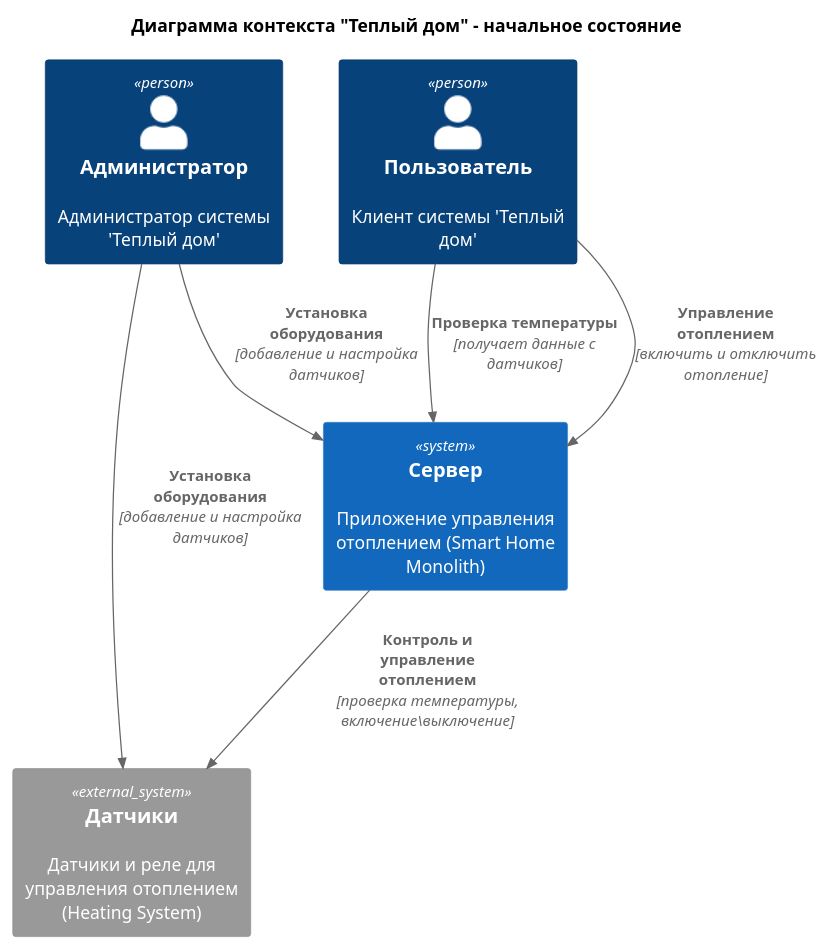
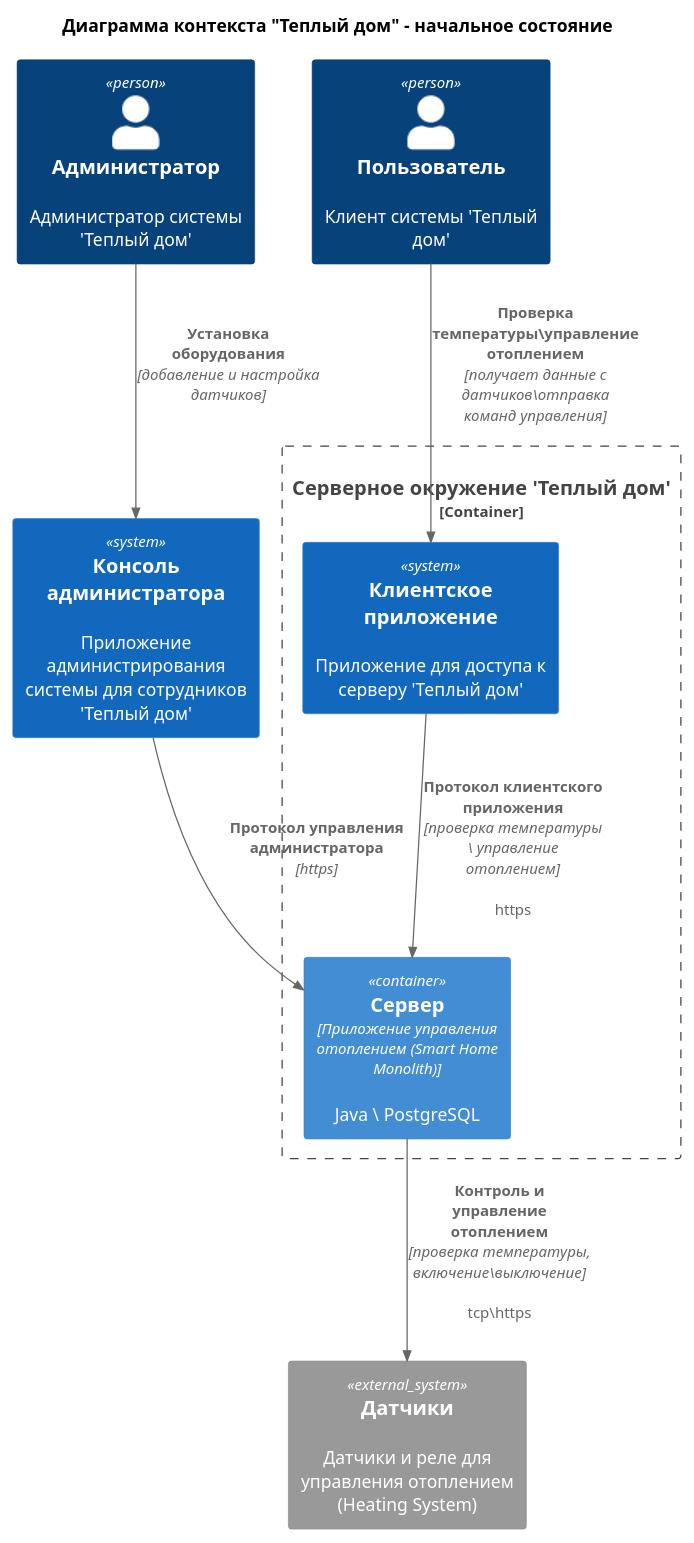
Before and after one commit to a-panteleev/architecture-sprint-3: the diagram in docs/context.puml, drawn with PlantUML. The commit also changed 2 other files, not shown here.

```diff
--- a/docs/context.puml
+++ b/docs/context.puml
@@ -1,17 +1,21 @@
 @startuml context
-!include https://raw.githubusercontent.com/plantuml-stdlib/C4-PlantUML/master/C4_Context.puml
+!include https://raw.githubusercontent.com/plantuml-stdlib/C4-PlantUML/master/C4_Container.puml
 
 title Диаграмма контекста "Теплый дом" - начальное состояние
 
 Person(Admin, "Администратор", "Администратор системы 'Теплый дом'")
 Person(User, "Пользователь", "Клиент системы 'Теплый дом'")
-System(SmartHome, "Сервер", "Приложение управления отоплением (Smart Home Monolith)")
+System(SmartHomeAdminConsole, "Консоль администратора", "Приложение администрирования системы для сотрудников 'Теплый дом'")
+Container_Boundary(SmartHomeCnt, "Серверное окружение 'Теплый дом'") {
+    System(SmartHomeClientApp, "Клиентское приложение", "Приложение для доступа к серверу 'Теплый дом'")
+    Container(SmartHome, "Сервер", "Приложение управления отоплением (Smart Home Monolith)", "Java \ PostgreSQL")
+}
 System_Ext(Devices, "Датчики", "Датчики и реле для управления отоплением (Heating System)")
 
-Rel(Admin, SmartHome, "Установка оборудования", "добавление и настройка датчиков")
-Rel(Admin, Devices, "Установка оборудования", "добавление и настройка датчиков")
-Rel(User, SmartHome, "Проверка температуры", "получает данные с датчиков")
-Rel(User, SmartHome, "Управление отоплением", "включить и отключить отопление")
-Rel(SmartHome, Devices, "Контроль и управление отоплением", "проверка температуры, включение\выключение")
+Rel(Admin, SmartHomeAdminConsole, "Установка оборудования", "добавление и настройка датчиков")
+Rel(User, SmartHomeClientApp, "Проверка температуры\управление отоплением", "получает данные с датчиков\отправка команд управления")
+Rel(SmartHomeAdminConsole, SmartHome, "Протокол управления администратора", "https")
+Rel(SmartHomeClientApp, SmartHome, "Протокол клиентского приложения", "проверка температуры \ управление отоплением", "https")
+Rel(SmartHome, Devices, "Контроль и управление отоплением", "проверка температуры, включение\выключение", "tcp\https")
 
 @enduml
```
